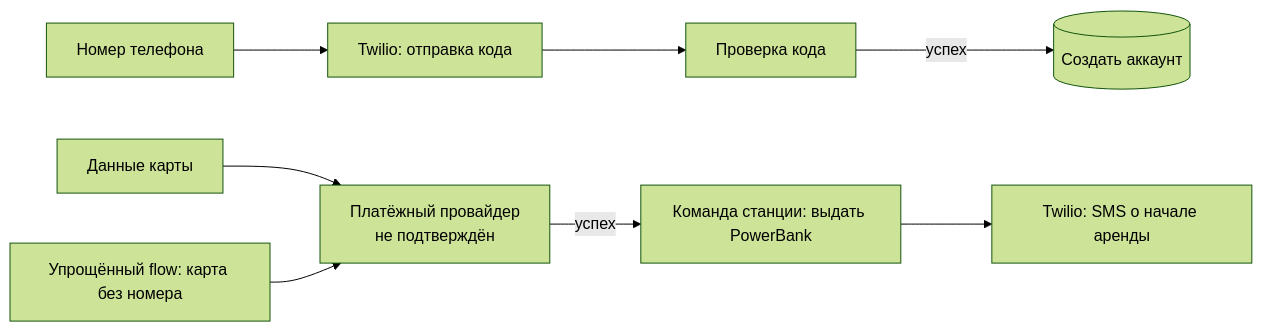
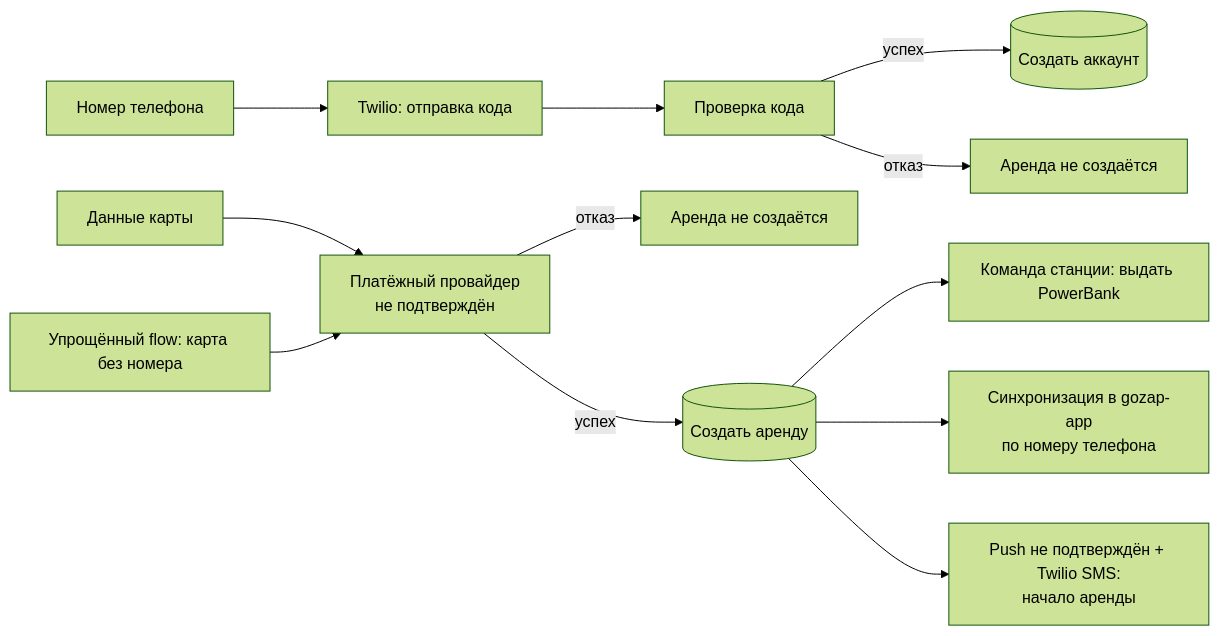
The second of 2 diagrams in gozap-documentation/sa/docs/kiosk/terminal-rental-flow/diagrams/overview.md (yatsin11-gif/example), drawn with Mermaid (forest theme) before and after one commit. The commit also changed other lines of this file and 43 other files, not shown here.

````diff
--- a/gozap-documentation/sa/docs/kiosk/terminal-rental-flow/diagrams/overview.md
+++ b/gozap-documentation/sa/docs/kiosk/terminal-rental-flow/diagrams/overview.md
@@ -23,10 +26,14 @@
 ```mermaid
 flowchart LR
     NUM[Номер телефона] --> TWILIO[Twilio: отправка кода]
     TWILIO --> VER[Проверка кода]
     VER -->|успех| ACC[(Создать аккаунт)]
+    VER -->|отказ| NOACC[Аренда не создаётся]
     CARD[Данные карты] --> PROV[Платёжный провайдер<br/>не подтверждён]
-    PROV -->|успех| DISP[Команда станции: выдать PowerBank]
-    DISP --> NOTIFY[Twilio: SMS о начале аренды]
+    PROV -->|отказ| NOREN[Аренда не создаётся]
+    PROV -->|успех| RENT[(Создать аренду)]
+    RENT --> DISP[Команда станции: выдать PowerBank]
+    RENT --> APPSYNC[Синхронизация в gozap-app<br/>по номеру телефона]
+    RENT --> NOTIFY[Push не подтверждён + Twilio SMS:<br/>начало аренды]
     ALT[Упрощённый flow: карта без номера] --> PROV
 ```
````
